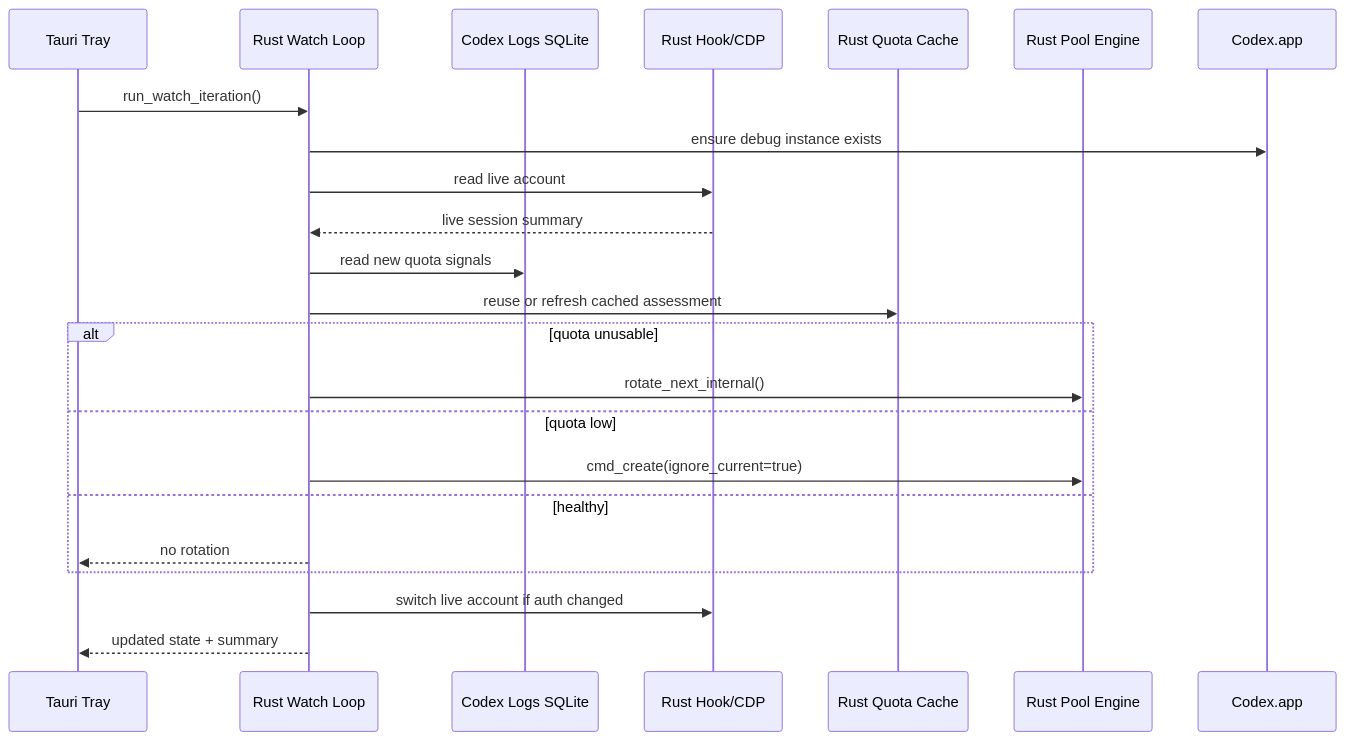
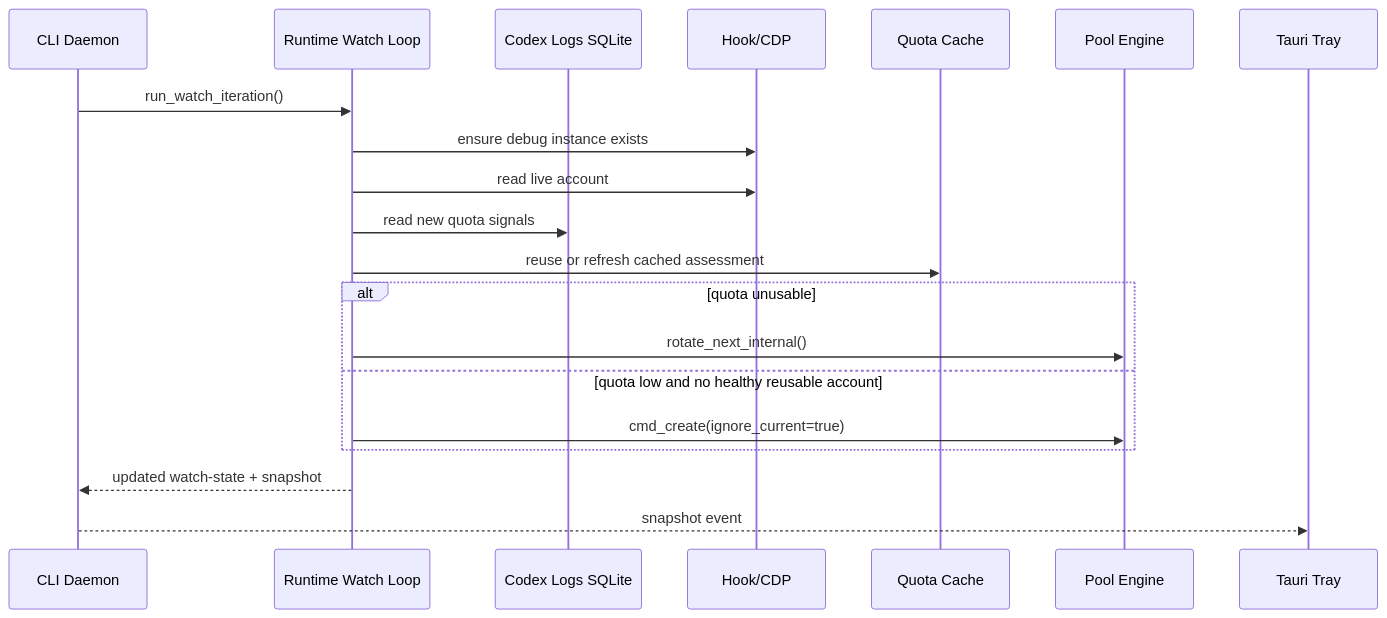
Before and after one commit to omar391/ai-tools: the second of 3 diagrams in packages/codex-rotate-app/architecture.md, drawn with Mermaid. The commit also changed other lines of this file and 36 other files, not shown here.

Commit message:
refactor(codex-rotate): move runtime ownership into the cli

````diff
--- a/packages/codex-rotate-app/architecture.md
+++ b/packages/codex-rotate-app/architecture.md
@@ -103,26 +73,23 @@
 ```mermaid
 sequenceDiagram
+  participant Daemon as CLI Daemon
+  participant Watch as Runtime Watch Loop
+  participant Logs as Codex Logs SQLite
+  participant Hook as Hook/CDP
+  participant Quota as Quota Cache
+  participant Pool as Pool Engine
   participant Tray as Tauri Tray
-  participant Watch as Rust Watch Loop
-  participant Logs as Codex Logs SQLite
-  participant Hook as Rust Hook/CDP
-  participant Quota as Rust Quota Cache
-  participant Pool as Rust Pool Engine
-  participant Codex as Codex.app
 
-  Tray->>Watch: run_watch_iteration()
-  Watch->>Codex: ensure debug instance exists
+  Daemon->>Watch: run_watch_iteration()
+  Watch->>Hook: ensure debug instance exists
   Watch->>Hook: read live account
-  Hook-->>Watch: live session summary
   Watch->>Logs: read new quota signals
   Watch->>Quota: reuse or refresh cached assessment
   alt quota unusable
     Watch->>Pool: rotate_next_internal()
-  else quota low
+  else quota low and no healthy reusable account
     Watch->>Pool: cmd_create(ignore_current=true)
-  else healthy
-    Watch-->>Tray: no rotation
   end
-  Watch->>Hook: switch live account if auth changed
-  Watch-->>Tray: updated state + summary
+  Watch-->>Daemon: updated watch-state + snapshot
+  Daemon-->>Tray: snapshot event
 ```
````
